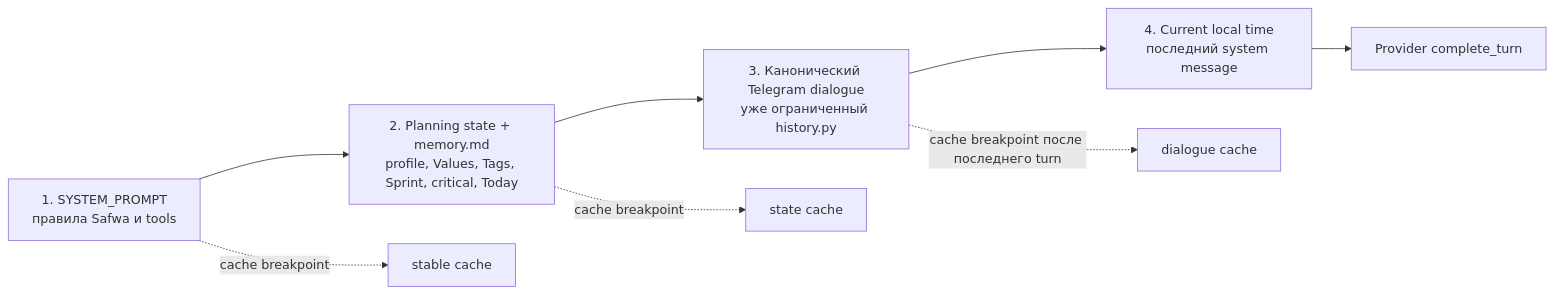
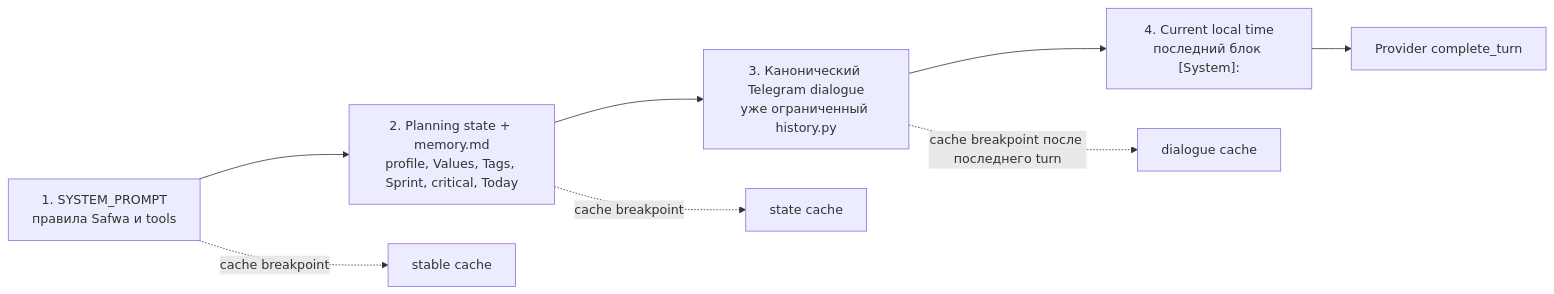
One commit to myvaheed/tg-ai-safwa changed the first of 2 diagrams in docs/diagrams/03-session-contexts.md. Above: the diagram before and after it, drawn with Mermaid. The commit also changed 6 other files, not shown here.

````diff
--- a/docs/diagrams/03-session-contexts.md
+++ b/docs/diagrams/03-session-contexts.md
@@ -12,11 +12,11 @@
 ```mermaid
 flowchart LR
     A["1. SYSTEM_PROMPT<br/>правила Safwa и tools"] --> B["2. Planning state + memory.md<br/>profile, Values, Tags, Sprint, critical, Today"]
     B --> C["3. Канонический Telegram dialogue<br/>уже ограниченный history.py"]
-    C --> D["4. Current local time<br/>последний system message"]
+    C --> D["4. Current local time<br/>последний блок [System]:"]
     D --> L["Provider complete_turn"]
 
     A -.->|cache breakpoint| CA["stable cache"]
     B -.->|cache breakpoint| CB["state cache"]
     C -.->|cache breakpoint после последнего turn| CC["dialogue cache"]
 ```
````
